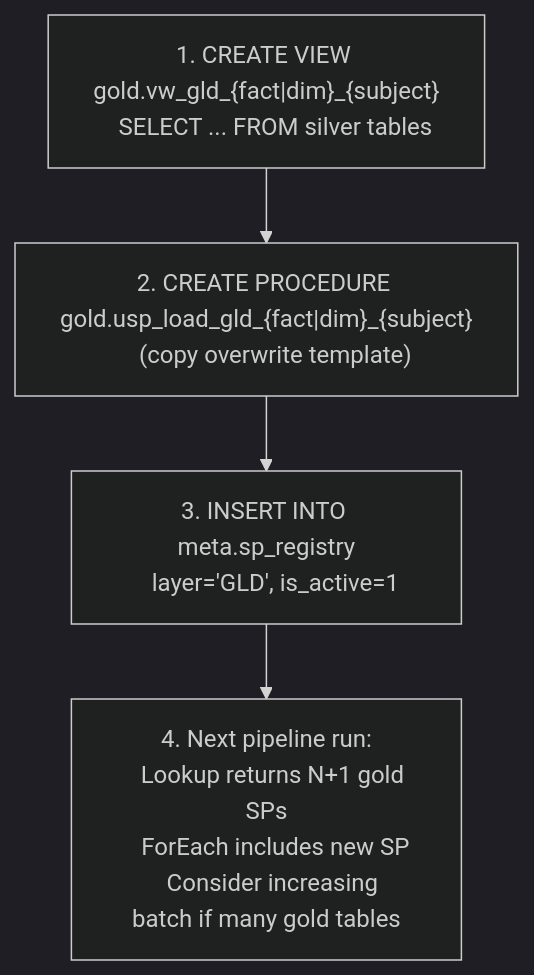
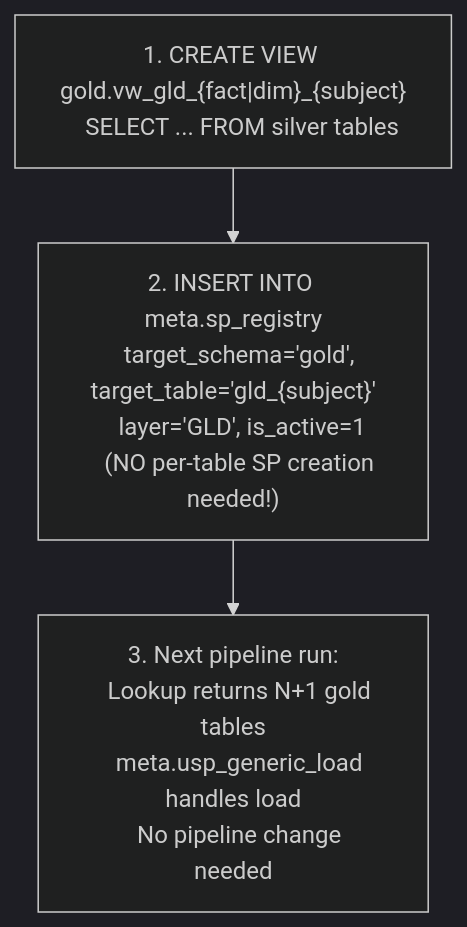
One commit to ankinguyen-engineer-2002/Fabric-v9-Warehouse-Medallion changed the ninth of 9 diagrams in Fabric_Architect/template_pipeline_guide.md. Above: the diagram before and after it, drawn with Mermaid (dark theme). The commit also changed other lines of this file and 7 other files, not shown here.

First line of the commit message:
Generic SP migration: 28 per-table SPs → 1 meta.usp_generic_load

````diff
--- a/Fabric_Architect/template_pipeline_guide.md
+++ b/Fabric_Architect/template_pipeline_guide.md
@@ -396,9 +394,8 @@
 ```mermaid
 flowchart TD
     A["1. CREATE VIEW gold.vw_gld_{fact|dim}_{subject}\n   SELECT ... FROM silver tables"]
-    B["2. CREATE PROCEDURE gold.usp_load_gld_{fact|dim}_{subject}\n   (copy overwrite template)"]
-    C["3. INSERT INTO meta.sp_registry\n   layer='GLD', is_active=1"]
-    D["4. Next pipeline run:\n   Lookup returns N+1 gold SPs\n   ForEach includes new SP\n   Consider increasing batch if many gold tables"]
+    B["2. INSERT INTO meta.sp_registry\n   target_schema='gold', target_table='gld_{subject}'\n   layer='GLD', is_active=1\n   (NO per-table SP creation needed!)"]
+    C["3. Next pipeline run:\n   Lookup returns N+1 gold tables\n   meta.usp_generic_load handles load\n   No pipeline change needed"]
 
-    A --> B --> C --> D
+    A --> B --> C
 ```
````
